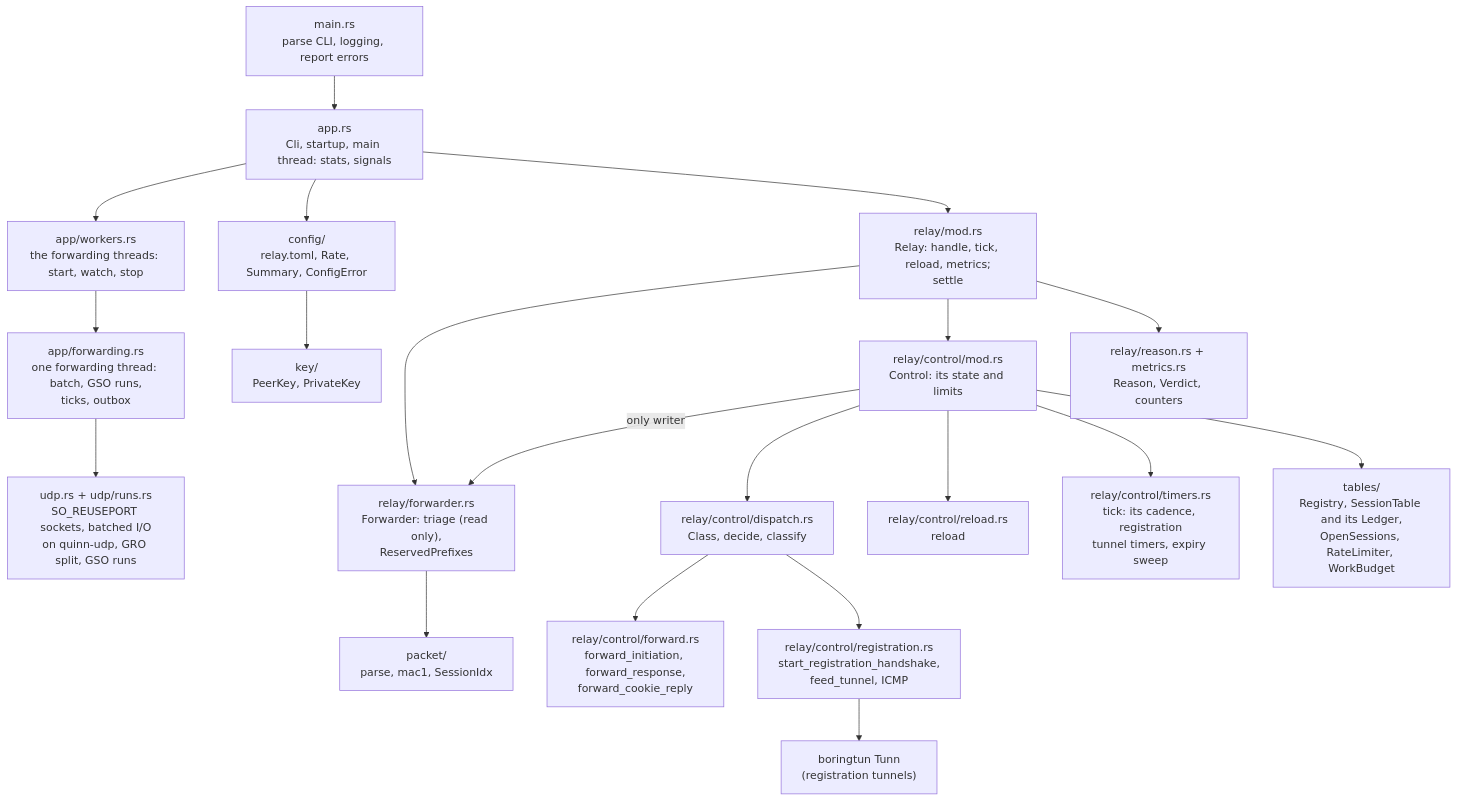
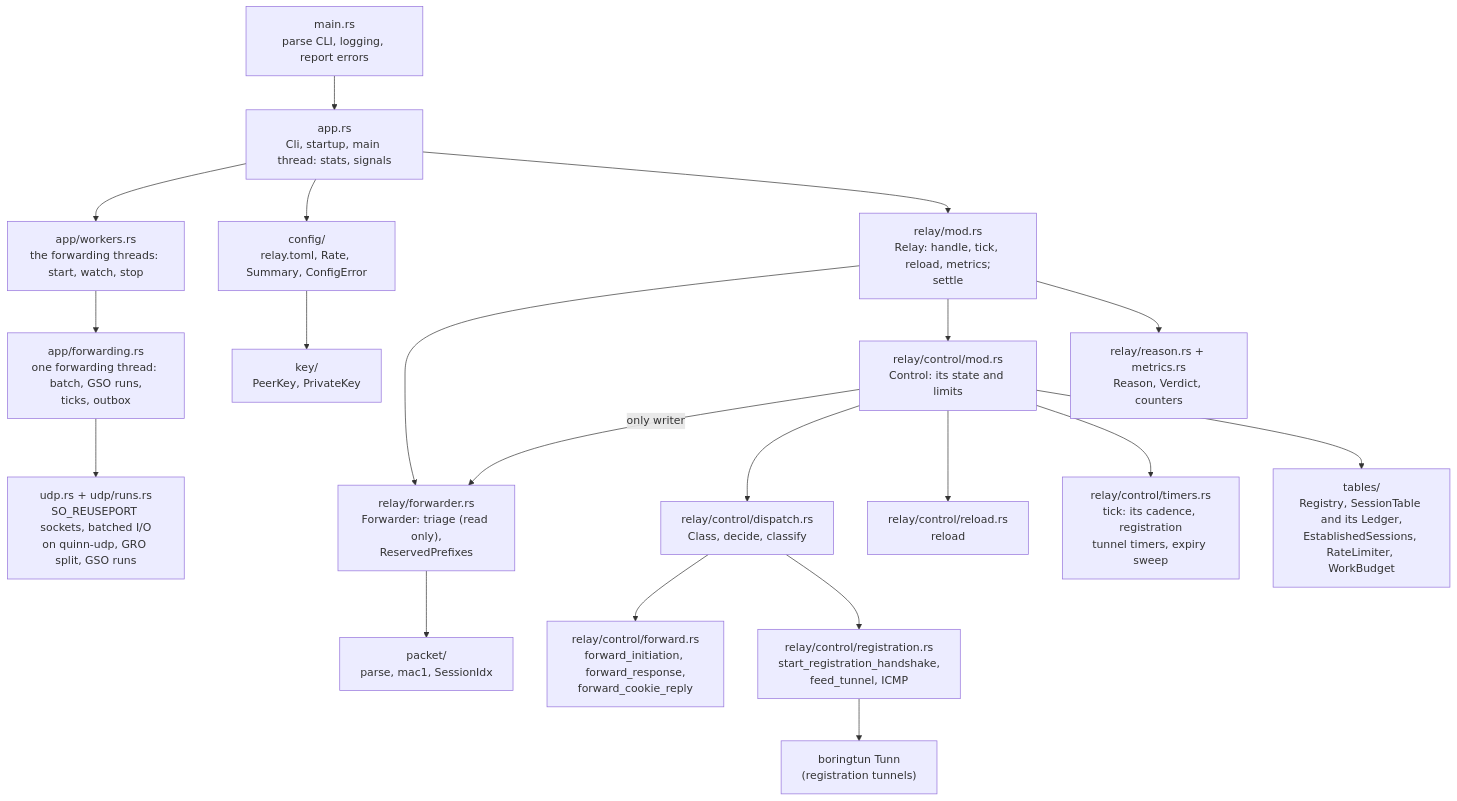
Before and after one commit to 3alpha/wg-relay: diagram 22 of 23 in docs/how-it-works.md, drawn with Mermaid. The commit also changed other lines of this file and 16 other files, not shown here.

First line of the commit message:
refactor(tables): call the open session state established

````diff
--- a/docs/how-it-works.md
+++ b/docs/how-it-works.md
@@ -751,22 +751,22 @@
 ```mermaid
 flowchart TD
     main["main.rs<br/>parse CLI, logging, report errors"] --> app["app.rs<br/>Cli, startup, main thread: stats, signals"]
     app --> wrk["app/workers.rs<br/>the forwarding threads: start, watch, stop"]
     wrk --> loop["app/forwarding.rs<br/>one forwarding thread: batch, GSO runs,<br/>ticks, outbox"]
     loop --> udp["udp.rs + udp/runs.rs<br/>SO_REUSEPORT sockets, batched I/O<br/>on quinn-udp, GRO split, GSO runs"]
     app --> cfg["config/<br/>relay.toml, Rate, Summary, ConfigError"]
     app --> relay["relay/mod.rs<br/>Relay: handle, tick, reload, metrics;<br/>settle"]
     relay --> fwdr["relay/forwarder.rs<br/>Forwarder: triage (read only),<br/>ReservedPrefixes"]
     relay --> ctl["relay/control/mod.rs<br/>Control: its state and limits"]
     ctl -- "only writer" --> fwdr
     ctl --> dsp["relay/control/dispatch.rs<br/>Class, decide, classify"]
     dsp --> fwd["relay/control/forward.rs<br/>forward_initiation, forward_response,<br/>forward_cookie_reply"]
     dsp --> regm["relay/control/registration.rs<br/>start_registration_handshake,<br/>feed_tunnel, ICMP"]
     ctl --> rel["relay/control/reload.rs<br/>reload"]
     ctl --> tmr["relay/control/timers.rs<br/>tick: its cadence, registration<br/>tunnel timers, expiry sweep"]
     relay --> rsn["relay/reason.rs + metrics.rs<br/>Reason, Verdict, counters"]
-    ctl --> tbl["tables/<br/>Registry, SessionTable and its Ledger,<br/>OpenSessions, RateLimiter, WorkBudget"]
+    ctl --> tbl["tables/<br/>Registry, SessionTable and its Ledger,<br/>EstablishedSessions, RateLimiter, WorkBudget"]
     fwdr --> pkt["packet/<br/>parse, mac1, SessionIdx"]
     regm --> bt["boringtun Tunn<br/>(registration tunnels)"]
     cfg --> key["key/<br/>PeerKey, PrivateKey"]
 ```
````
